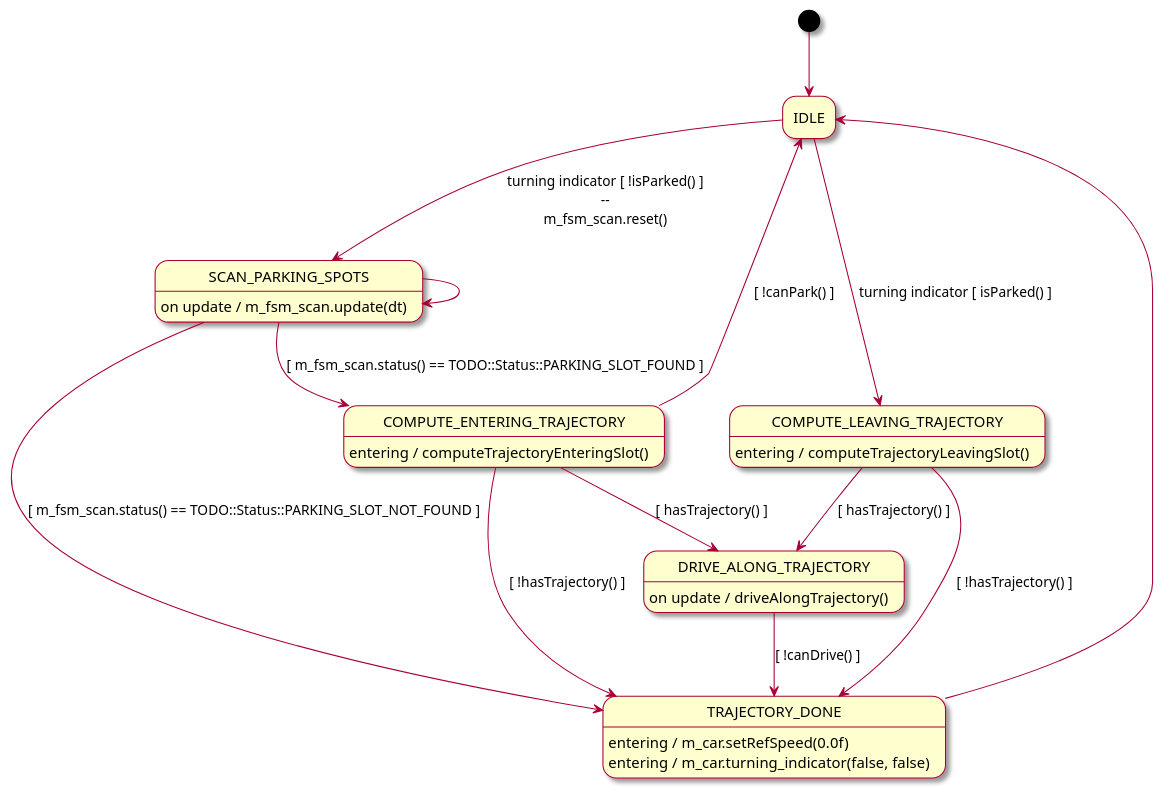
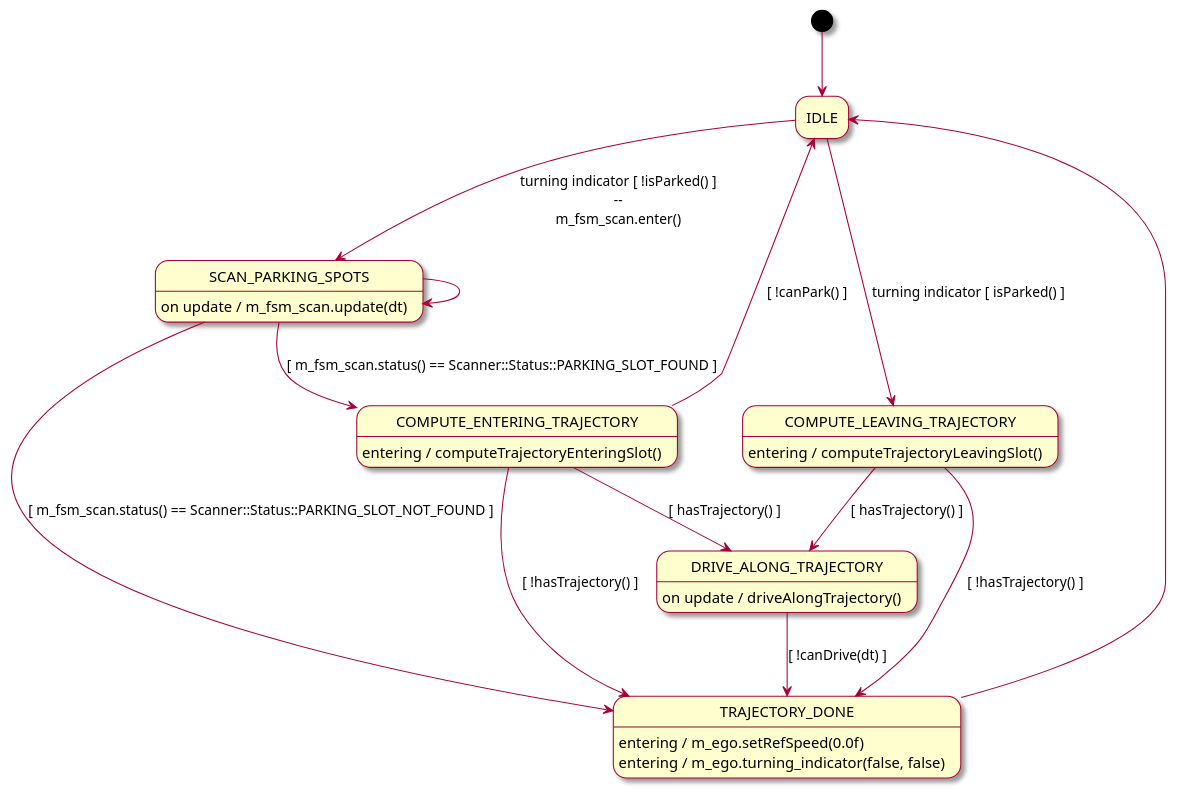
The diagram in examples/SelfParking.plantuml (Lecrapouille/PlantUMLStatecharts), drawn with PlantUML before and after one commit. The commit also changed 2 other files, not shown here.

Commit message:
Working on example SelfParking car

```diff
--- a/examples/SelfParking.plantuml
+++ b/examples/SelfParking.plantuml
@@ -1,68 +1,105 @@
 @startuml
 skin rose
 hide empty description
 
 [*] --> IDLE
 
-IDLE --> SCAN_PARKING_SPOTS : turning indicator [ !isParked() ]\n--\nm_fsm_scan.reset()
+IDLE --> SCAN_PARKING_SPOTS : turning indicator [ !isParked() ]\n--\nm_fsm_scan.enter()
 IDLE --> COMPUTE_LEAVING_TRAJECTORY : turning indicator [ isParked() ]
 
-SCAN_PARKING_SPOTS --> COMPUTE_ENTERING_TRAJECTORY : [ m_fsm_scan.status() == TODO::Status::PARKING_SLOT_FOUND ]
-SCAN_PARKING_SPOTS --> TRAJECTORY_DONE : [ m_fsm_scan.status() == TODO::Status::PARKING_SLOT_NOT_FOUND ]
+SCAN_PARKING_SPOTS --> COMPUTE_ENTERING_TRAJECTORY : [ m_fsm_scan.status() == Scanner::Status::PARKING_SLOT_FOUND ]
+SCAN_PARKING_SPOTS --> TRAJECTORY_DONE : [ m_fsm_scan.status() == Scanner::Status::PARKING_SLOT_NOT_FOUND ]
 SCAN_PARKING_SPOTS --> SCAN_PARKING_SPOTS
-' : [ m_fsm_scan.status() == TODO::Status::PARKING_SEARCHING ]
+' : [ m_fsm_scan.status() == Scanner::Status::PARKING_SEARCHING ]
 SCAN_PARKING_SPOTS : on update / m_fsm_scan.update(dt)
 
 COMPUTE_ENTERING_TRAJECTORY --> DRIVE_ALONG_TRAJECTORY: [ hasTrajectory() ]
 COMPUTE_ENTERING_TRAJECTORY --> IDLE: [ !canPark() ]
 COMPUTE_ENTERING_TRAJECTORY : entering / computeTrajectoryEnteringSlot()
 
 COMPUTE_LEAVING_TRAJECTORY --> TRAJECTORY_DONE : [ !hasTrajectory() ]
 COMPUTE_LEAVING_TRAJECTORY : entering / computeTrajectoryLeavingSlot()
 
-DRIVE_ALONG_TRAJECTORY --> TRAJECTORY_DONE : [ !canDrive() ]
+DRIVE_ALONG_TRAJECTORY --> TRAJECTORY_DONE : [ !canDrive(dt) ]
 DRIVE_ALONG_TRAJECTORY : on update / driveAlongTrajectory()
 
 TRAJECTORY_DONE --> IDLE
-TRAJECTORY_DONE : entering / m_car.setRefSpeed(0.0f)
-TRAJECTORY_DONE : entering / m_car.turning_indicator(false, false)
+TRAJECTORY_DONE : entering / m_ego.setRefSpeed(0.0f)
+TRAJECTORY_DONE : entering / m_ego.turning_indicator(false, false)
 
 COMPUTE_ENTERING_TRAJECTORY --> TRAJECTORY_DONE : [ !hasTrajectory() ]
 
 COMPUTE_LEAVING_TRAJECTORY --> DRIVE_ALONG_TRAJECTORY: [ hasTrajectory() ]
 
-'header #  include "Vehicle/Vehicle.hpp"
-'code private:
-'code
-'code     inline bool isParked() const
-'code     {
-'code         return false; // FIXME: not yet implemented
-'code     }
-'code
-'code     inline bool hasTrajectory() const
-'code     {
-'code         return m_car.hasTrajectory();
-'code     }
-'code
-'code     inline bool canDrive(float const dt) const
-'code     {
-'code         return m_car.updateTrajectory(dt);
-'code     }
-'code
-'code     inline void computeTrajectoryEnteringSlot()
-'code     {
-'code         /*return */ m_car.park(m_parking, true);
-'code     }
-'code
-'code     inline void computeTrajectoryLeavingSlot()
-'code     {
-'code         /*return */ m_car.park(m_parking, false);
-'code     }
-'code
-'code private:
-'code
-'code     SelfParkingCar& m_car;
-'code     Parking m_parking;
-'code     m_fsm_scan;
+'[header] struct Parking {};
+'[header] class Scanner // StateMachine
+'[header] {
+'[header] public:
+'[header]    enum class Status { PARKING_SLOT_FOUND, PARKING_SLOT_NOT_FOUND, PARKING_SEARCHING };
+'[header]    Status status() const { return m_status; }
+'[header]    void update(float dt) { m_status = Status::PARKING_SLOT_FOUND; }
+'[header]    void enter() {}
+'[header] private:
+'[header]    Status m_status = Status::PARKING_SLOT_NOT_FOUND;
+'[header] };
+'[header] class Vehicle
+'[header] {
+'[header] public:
+'[header]     inline bool isParked() const { return false; } // FIXME: not yet implemented
+'[header]     inline bool hasTrajectory() const { return true; }
+'[header]     inline bool canDrive(float const dt) const { return true; }
+'[header]     inline void park(Parking& parking, bool entering) {}
+'[header]     inline bool canPark() const { return true; }
+'[header]     inline void setRefSpeed(float) {}
+'[header]     inline void turning_indicator(bool, bool) {}
+'[header]     inline bool updateTrajectory(float) { return true; }
+'[header] };
+
+'[param] Vehicle& ego
+'[cons] m_ego(ego)
+
+'[code] private:
+'[code]
+'[code]     inline bool isParked() const
+'[code]     {
+'[code]         return false; // FIXME: not yet implemented
+'[code]     }
+'[code]
+'[code]     inline bool hasTrajectory() const
+'[code]     {
+'[code]         return m_ego.hasTrajectory();
+'[code]     }
+'[code]
+'[code]     inline bool canDrive(float const dt_) const
+'[code]     {
+'[code]         return m_ego.updateTrajectory(dt_);
+'[code]     }
+'[code]
+'[code]     inline void computeTrajectoryEnteringSlot()
+'[code]     {
+'[code]         /*return */ m_ego.park(m_parking, true);
+'[code]     }
+'[code]
+'[code]     inline void computeTrajectoryLeavingSlot()
+'[code]     {
+'[code]         /*return */ m_ego.park(m_parking, false);
+'[code]     }
+'[code]
+'[code]     inline bool canPark() const
+'[code]     {
+'[code]         return m_ego.canPark();
+'[code]     }
+'[code]
+'[code]     void driveAlongTrajectory() {}
+'[code]
+'[code] private:
+'[code]
+'[code]     Vehicle& m_ego;
+'[code]     Parking m_parking;
+'[code]     Scanner m_fsm_scan;
+'[code]     float dt; // FIXME: how to update ?
+
+'[test] MockSelfParkingController() : SelfParkingController(m_ego) {}
+'[test] Vehicle m_ego;
 
 @enduml
```
